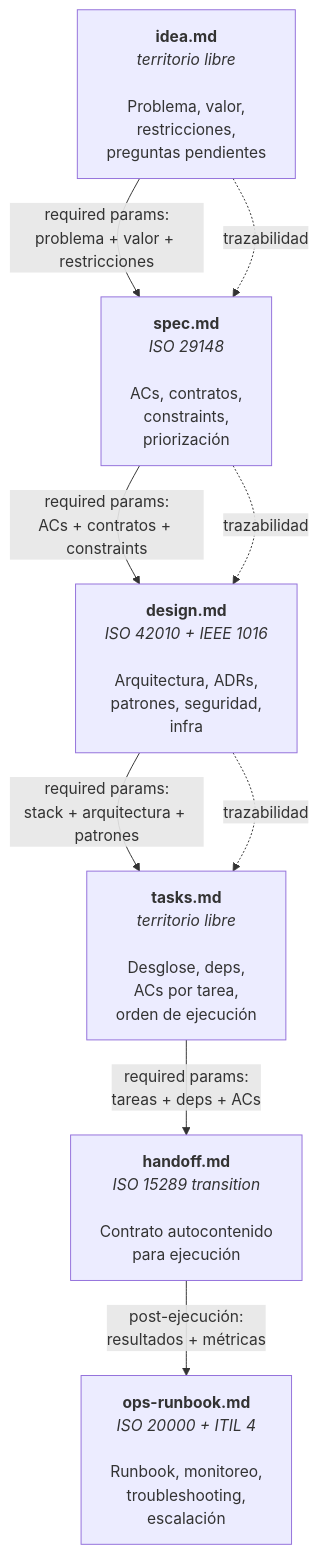
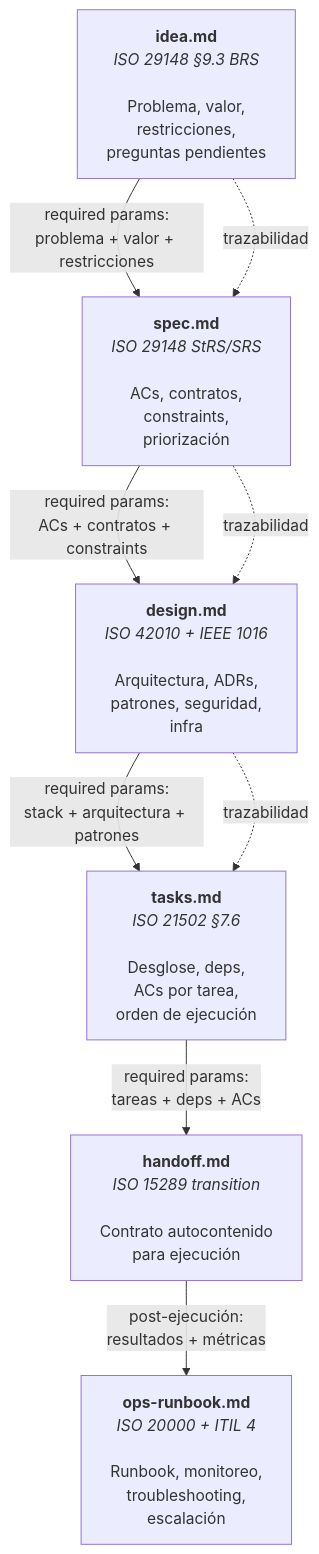
One commit to virgenherrera/idea-to-mvp changed the sixth of 19 diagrams in docs/artifact-model.md. Above: the diagram before and after it, drawn with Mermaid. The commit also changed other lines of this file and 4 other files, not shown here.

````diff
--- a/docs/artifact-model.md
+++ b/docs/artifact-model.md
@@ -467,24 +763,24 @@
 ```mermaid
 flowchart TD
-    IDEA["<b>idea.md</b>\n<i>territorio libre</i>\n\nProblema, valor,\nrestricciones,\npreguntas pendientes"]
+    IDEA["<b>idea.md</b>\n<i>ISO 29148 §9.3 BRS</i>\n\nProblema, valor,\nrestricciones,\npreguntas pendientes"]
 
-    SPEC["<b>spec.md</b>\n<i>ISO 29148</i>\n\nACs, contratos,\nconstraints,\npriorización"]
+    SPEC["<b>spec.md</b>\n<i>ISO 29148 StRS/SRS</i>\n\nACs, contratos,\nconstraints,\npriorización"]
 
     DESIGN["<b>design.md</b>\n<i>ISO 42010 + IEEE 1016</i>\n\nArquitectura, ADRs,\npatrones, seguridad,\ninfra"]
 
-    TASKS["<b>tasks.md</b>\n<i>territorio libre</i>\n\nDesglose, deps,\nACs por tarea,\norden de ejecución"]
+    TASKS["<b>tasks.md</b>\n<i>ISO 21502 §7.6</i>\n\nDesglose, deps,\nACs por tarea,\norden de ejecución"]
 
     HANDOFF["<b>handoff.md</b>\n<i>ISO 15289 transition</i>\n\nContrato autocontenido\npara ejecución"]
 
     OPS["<b>ops-runbook.md</b>\n<i>ISO 20000 + ITIL 4</i>\n\nRunbook, monitoreo,\ntroubleshooting,\nescalación"]
 
     IDEA -->|"required params:\nproblema + valor + restricciones"| SPEC
     SPEC -->|"required params:\nACs + contratos + constraints"| DESIGN
     DESIGN -->|"required params:\nstack + arquitectura + patrones"| TASKS
     TASKS -->|"required params:\ntareas + deps + ACs"| HANDOFF
     HANDOFF -->|"post-ejecución:\nresultados + métricas"| OPS
 
     IDEA -.->|"trazabilidad"| SPEC
     SPEC -.->|"trazabilidad"| DESIGN
     DESIGN -.->|"trazabilidad"| TASKS
 ```
````
